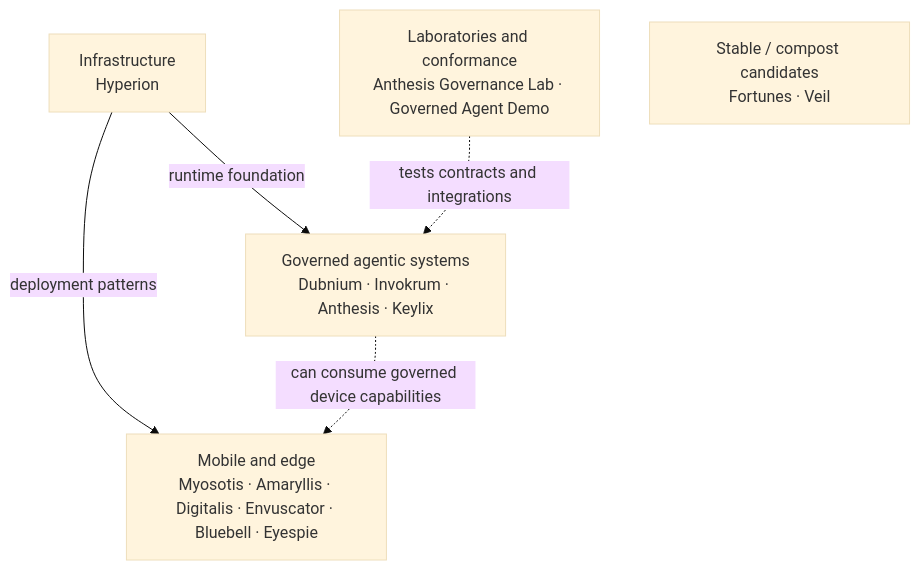
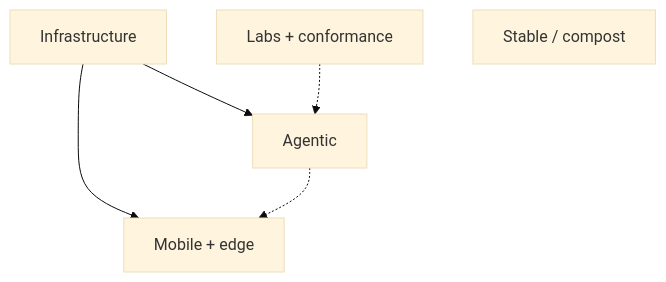
One commit to hackelia-micrantha/.github changed the second of 6 diagrams in profile/README.md. Above: the diagram before and after it, drawn with Mermaid (base theme). The commit also changed other lines of this file, not shown here.

Commit message:
docs: simplify mermaid labels

````diff
--- a/profile/README.md
+++ b/profile/README.md
@@ -80,13 +80,13 @@
 ```mermaid
 flowchart TB
-  C["Governed agentic systems<br/>Dubnium · Invokrum · Anthesis · Keylix"]
-  M["Mobile and edge<br/>Myosotis · Amaryllis · Digitalis · Envuscator · Bluebell · Eyespie"]
-  I["Infrastructure<br/>Hyperion"]
-  L["Laboratories and conformance<br/>Anthesis Governance Lab · Governed Agent Demo"]
-  X["Stable / compost candidates<br/>Fortunes · Veil"]
+  C["Agentic"]
+  M["Mobile + edge"]
+  I["Infrastructure"]
+  L["Labs + conformance"]
+  X["Stable / compost"]
 
-  I -->|runtime foundation| C
-  I -->|deployment patterns| M
-  L -.->|tests contracts and integrations| C
-  C -.->|can consume governed device capabilities| M
+  I --> C
+  I --> M
+  L -.-> C
+  C -.-> M
 ```
````
